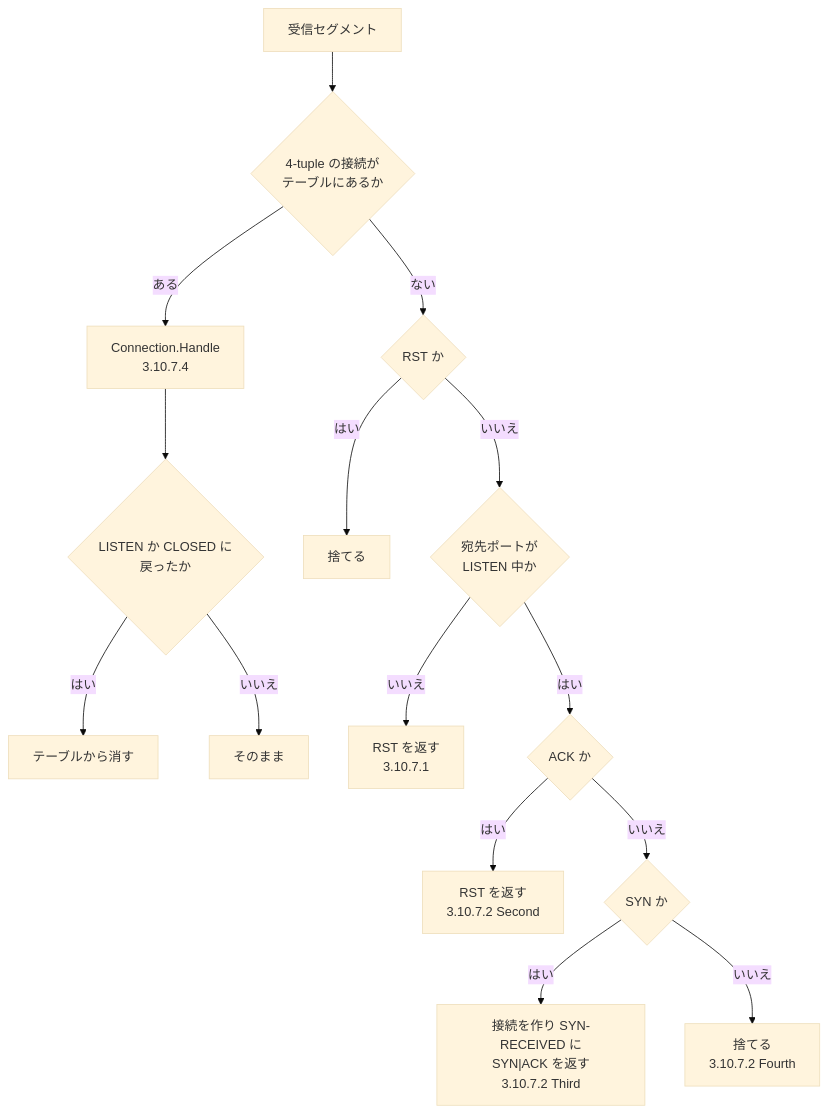
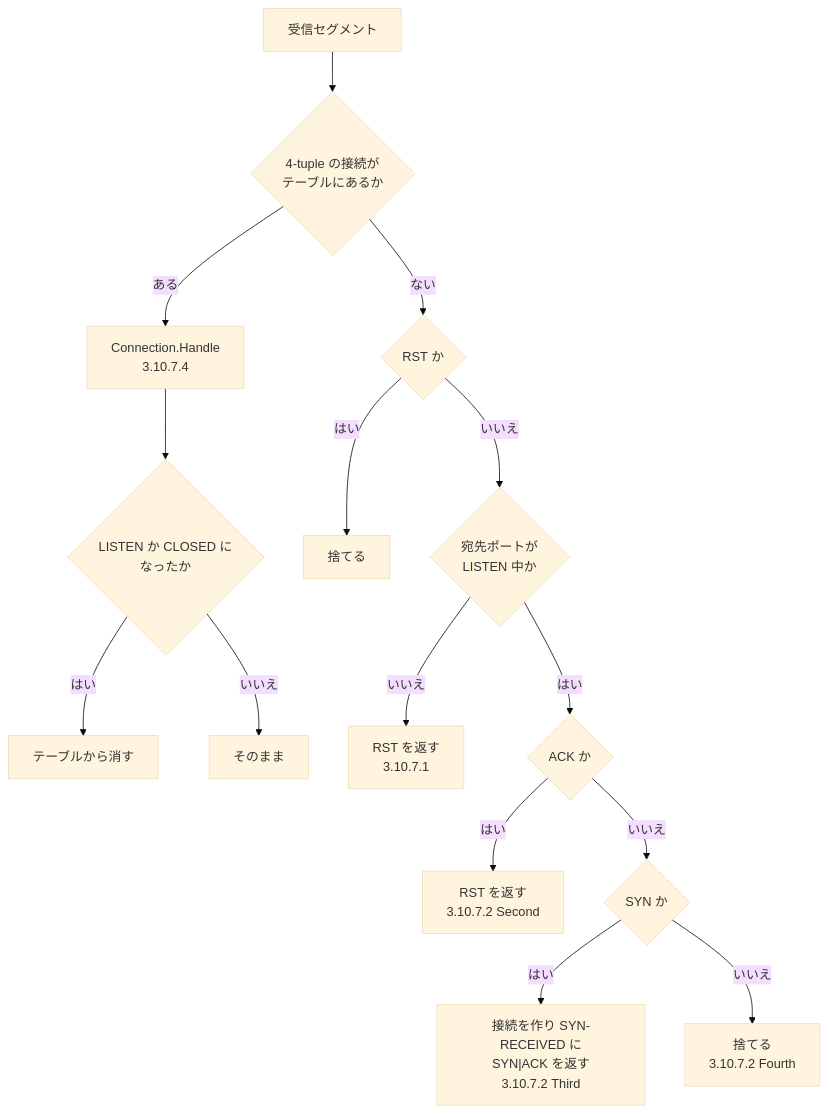
One commit to no2ca/go-tuntcp changed the first of 4 diagrams in internal/stack/README.md. Above: the diagram before and after it, drawn with Mermaid (base theme). The commit also changed other lines of this file and 4 other files, not shown here.

````diff
--- a/internal/stack/README.md
+++ b/internal/stack/README.md
@@ -14,17 +14,17 @@
 ```mermaid
 flowchart TD
     seg["受信セグメント"] --> found{"4-tuple の接続が<br/>テーブルにあるか"}
     found -- ある --> conn["Connection.Handle<br/>3.10.7.4"]
-    conn --> back{"LISTEN か CLOSED に<br/>戻ったか"}
+    conn --> back{"LISTEN か CLOSED に<br/>なったか"}
     back -- はい --> del["テーブルから消す"]
     back -- いいえ --> keep["そのまま"]
     found -- ない --> rst{"RST か"}
     rst -- はい --> drop1["捨てる"]
     rst -- いいえ --> listen{"宛先ポートが<br/>LISTEN 中か"}
     listen -- いいえ --> closed["RST を返す<br/>3.10.7.1"]
     listen -- はい --> ack{"ACK か"}
     ack -- はい --> rstack["RST を返す<br/>3.10.7.2 Second"]
     ack -- いいえ --> syn{"SYN か"}
     syn -- はい --> open["接続を作り SYN-RECEIVED に<br/>SYN|ACK を返す<br/>3.10.7.2 Third"]
     syn -- いいえ --> drop2["捨てる<br/>3.10.7.2 Fourth"]
 ```
````
